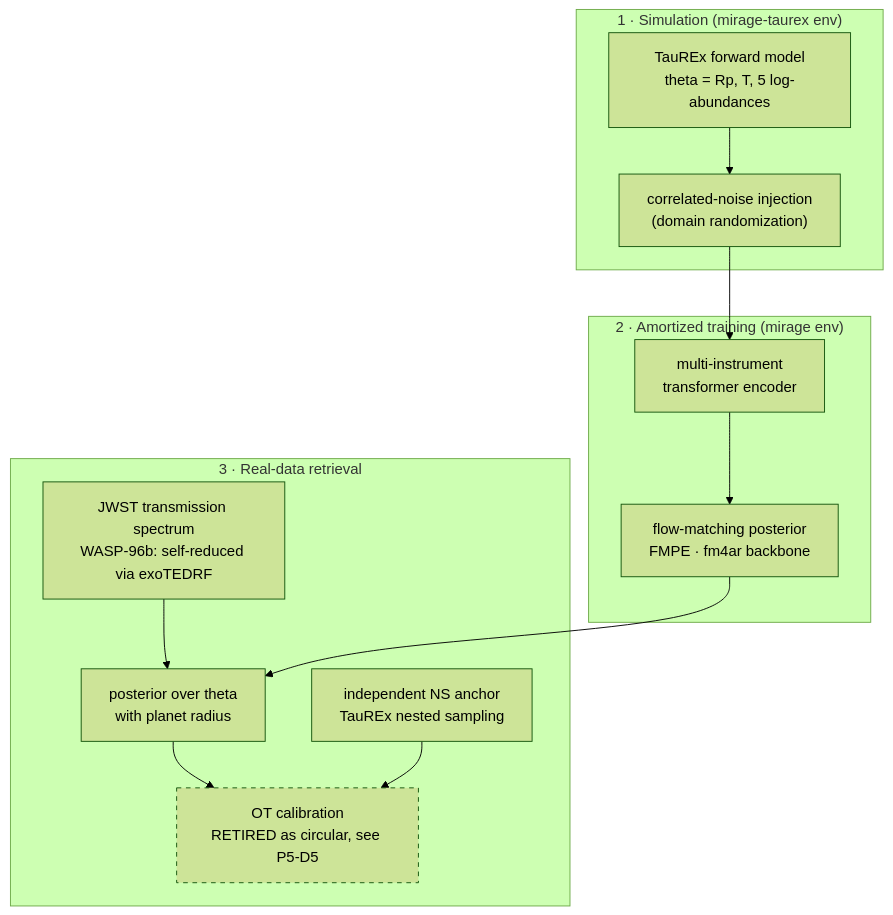
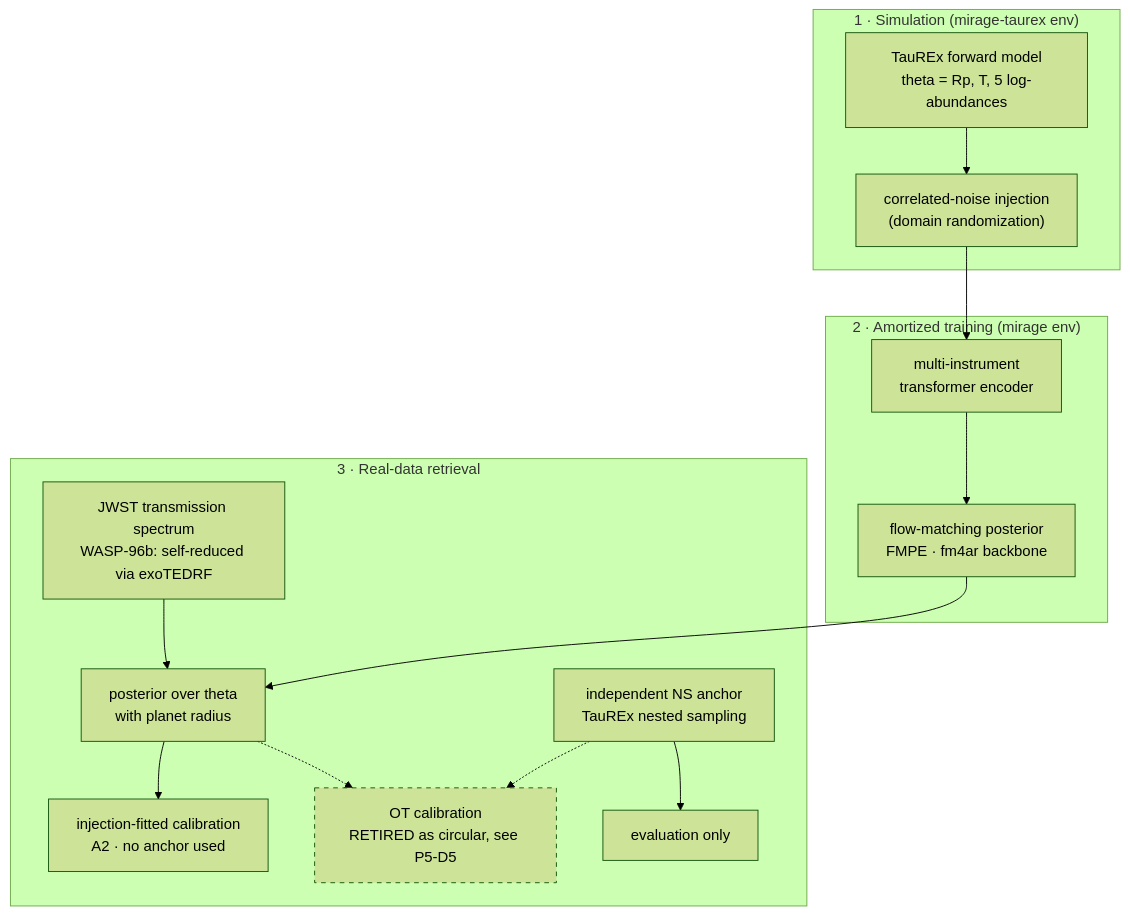
The diagram in README.md (Angshuman1211/Mirage), drawn with Mermaid (forest theme) before and after one commit. The commit also changed other lines of this file, not shown here.

````diff
--- a/README.md
+++ b/README.md
@@ -153,25 +306,28 @@
 ```mermaid
 flowchart TB
     subgraph sim["1 · Simulation  (mirage-taurex env)"]
         FM["TauREx forward model<br/>theta = Rp, T, 5 log-abundances"]
         NOISE["correlated-noise injection<br/>(domain randomization)"]
         FM --> NOISE
     end
     subgraph train["2 · Amortized training  (mirage env)"]
         ENC["multi-instrument<br/>transformer encoder"]
         FLOW["flow-matching posterior<br/>FMPE · fm4ar backbone"]
         ENC --> FLOW
     end
     subgraph real["3 · Real-data retrieval"]
         SPEC["JWST transmission spectrum<br/>WASP-96b: self-reduced via exoTEDRF"]
         POST["posterior over theta<br/>with planet radius"]
         NS["independent NS anchor<br/>TauREx nested sampling"]
+        INJ["injection-fitted calibration<br/>A2 · no anchor used"]
         CAL["OT calibration<br/>RETIRED as circular, see P5-D5"]
         SPEC --> POST
-        POST --> CAL
-        NS --> CAL
+        POST --> INJ
+        POST -.-> CAL
+        NS -.-> CAL
+        NS --> EVAL["evaluation only"]
     end
     NOISE --> ENC
     FLOW --> POST
     style CAL stroke-dasharray: 5 5
 ```
````
